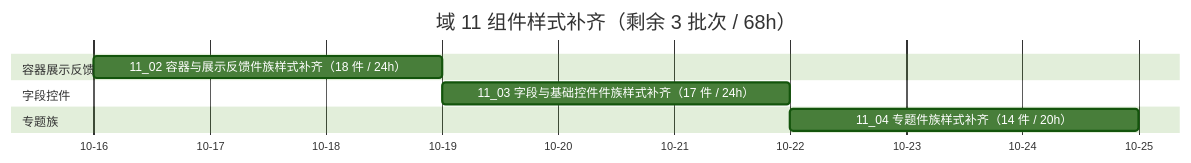
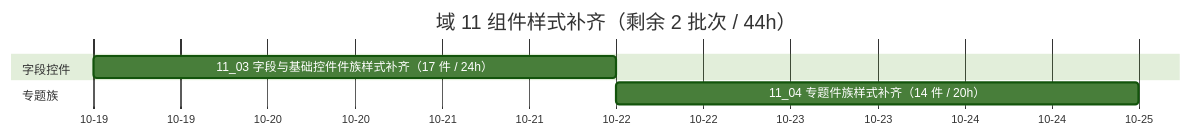
Before and after one commit to minjian123/basic-management-system: the diagram in bms文档/项目/04_前端组件库/计划/01_计划_前端组件库.md, drawn with Mermaid (forest theme). The commit also changed other lines of this file and 14 other files, not shown here.

Commit message:
docs(组件库): 11-02 容器与展示反馈件族样式补齐详细设计与实施/测试记录（原型对照 23 项 + 7 张截图）+ 计划与任务口径回写

````diff
--- a/bms文档/项目/04_前端组件库/计划/01_计划_前端组件库.md
+++ b/bms文档/项目/04_前端组件库/计划/01_计划_前端组件库.md
@@ -94,12 +94,10 @@
 ```mermaid
 gantt
-    title 域 11 组件样式补齐（剩余 3 批次 / 68h）
+    title 域 11 组件样式补齐（剩余 2 批次 / 44h）
     dateFormat YYYY-MM-DD
     axisFormat %m-%d
-    section 容器展示反馈
-    11_02 容器与展示反馈件族样式补齐（18 件 / 24h） :a2, 2026-10-16, 3d
     section 字段控件
-    11_03 字段与基础控件件族样式补齐（17 件 / 24h） :a3, after a2, 3d
+    11_03 字段与基础控件件族样式补齐（17 件 / 24h） :a3, 2026-10-19, 3d
     section 专题族
     11_04 专题件族样式补齐（14 件 / 20h） :a4, after a3, 3d
 ```
````
